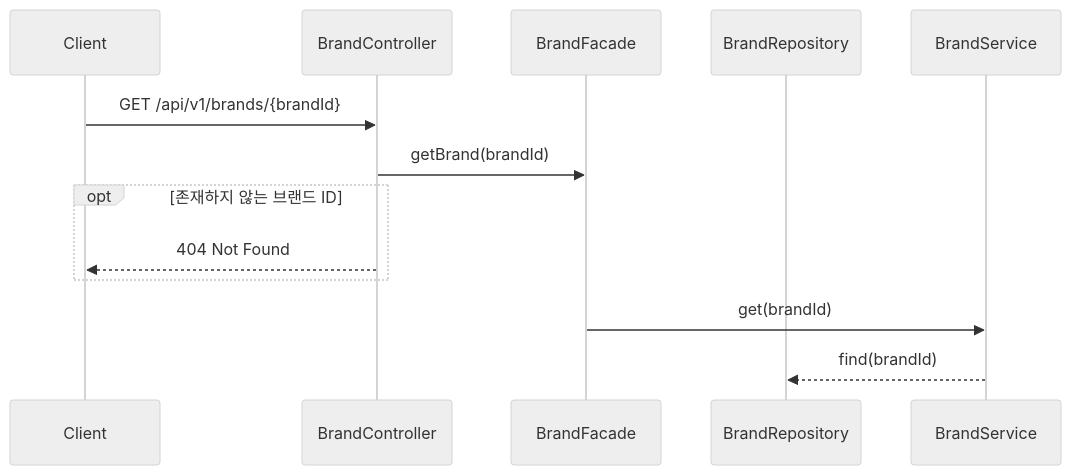
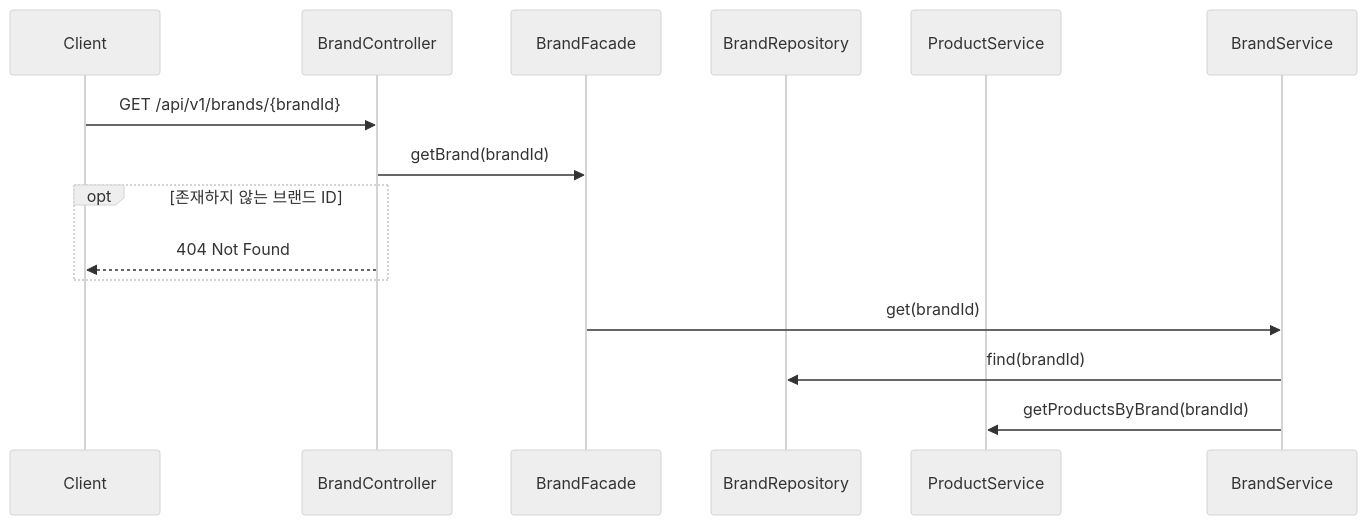
Before and after one commit to dhgu-dev/e-commerce: the second of 9 diagrams in docs/design/02-sequence-diagrams.md, drawn with Mermaid (neutral theme). The commit also changed other lines of this file and 1 other file, not shown here.

First line of the commit message:
docs: 클래스 다이어그램 작성 (#9)

````diff
--- a/docs/design/02-sequence-diagrams.md
+++ b/docs/design/02-sequence-diagrams.md
@@ -48,15 +48,17 @@
 ```mermaid
 sequenceDiagram
     participant Client
     participant BrandController
     participant BrandFacade
     participant BrandRepository
+    participant ProductService
 
     Client->>BrandController: GET /api/v1/brands/{brandId}
     BrandController->>BrandFacade: getBrand(brandId)
     opt 존재하지 않는 브랜드 ID
         BrandController-->>Client: 404 Not Found
     end
     BrandFacade->>BrandService: get(brandId)
-    BrandService-->>BrandRepository: find(brandId)
+    BrandService->>BrandRepository: find(brandId)
+    BrandService->>ProductService: getProductsByBrand(brandId)
 ```
````
